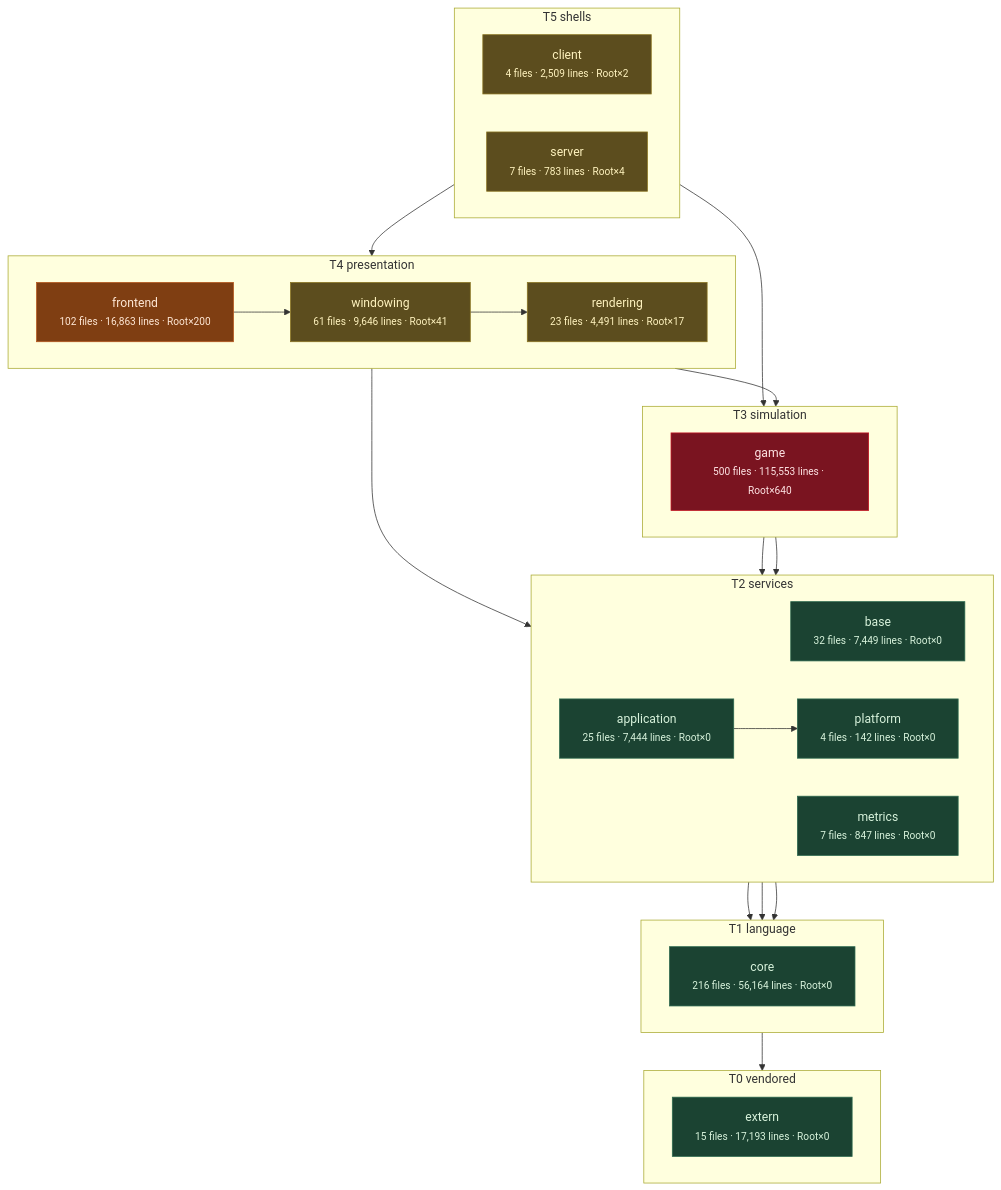
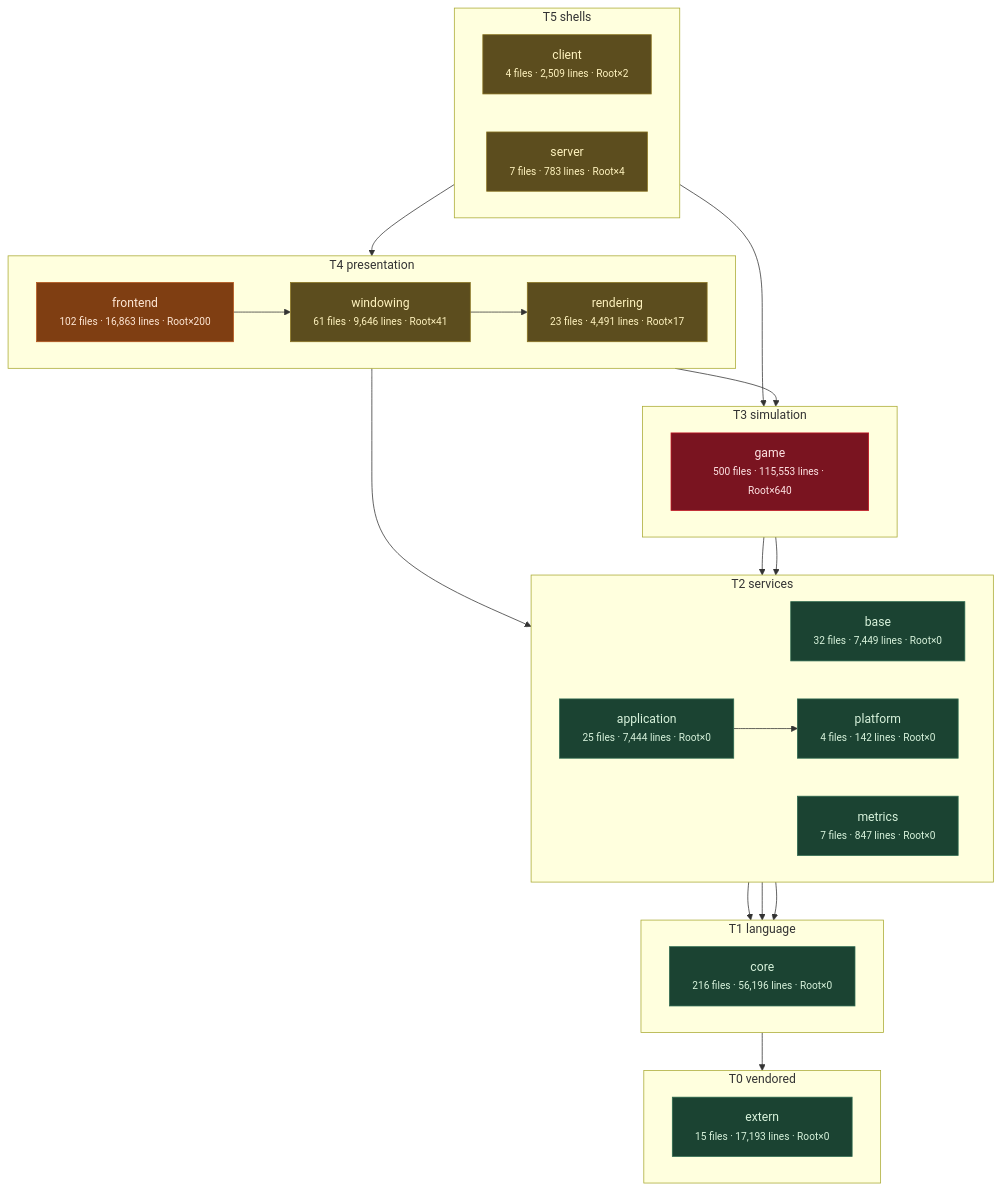
The third of 11 diagrams in docs/architecture/system-boundaries.md (apnex/OpenStarbound), drawn with Mermaid before and after one commit. The commit also changed other lines of this file and 3 other files, not shown here.

````diff
--- a/docs/architecture/system-boundaries.md
+++ b/docs/architecture/system-boundaries.md
@@ -271,54 +271,54 @@
 ```mermaid
 flowchart TD
   subgraph T0["T0 vendored"]
     direction LR
     extern["extern<br/><small>15 files · 17,193 lines · Root×0</small>"]
   end
   subgraph T1["T1 language"]
     direction LR
-    core["core<br/><small>216 files · 56,164 lines · Root×0</small>"]
+    core["core<br/><small>216 files · 56,196 lines · Root×0</small>"]
   end
   subgraph T2["T2 services"]
     direction LR
     base["base<br/><small>32 files · 7,449 lines · Root×0</small>"]
     metrics["metrics<br/><small>7 files · 847 lines · Root×0</small>"]
     platform["platform<br/><small>4 files · 142 lines · Root×0</small>"]
     application["application<br/><small>25 files · 7,444 lines · Root×0</small>"]
   end
   subgraph T3["T3 simulation"]
     direction LR
     game["game<br/><small>500 files · 115,553 lines · Root×640</small>"]
   end
   subgraph T4["T4 presentation"]
     direction LR
     rendering["rendering<br/><small>23 files · 4,491 lines · Root×17</small>"]
     windowing["windowing<br/><small>61 files · 9,646 lines · Root×41</small>"]
     frontend["frontend<br/><small>102 files · 16,863 lines · Root×200</small>"]
   end
   subgraph T5["T5 shells"]
     direction LR
     client["client<br/><small>4 files · 2,509 lines · Root×2</small>"]
     server["server<br/><small>7 files · 783 lines · Root×4</small>"]
   end
   core --> extern
   base --> core
   metrics --> core
   platform --> core
   application --> platform
   game --> base
   game --> platform
   rendering --> application
   rendering --> game
   windowing --> rendering
   frontend --> windowing
   client --> frontend
   server --> game
   classDef clean fill:#1b4332,stroke:#2d6a4f,color:#d8f3dc
   classDef warm  fill:#5c4d1e,stroke:#8a7420,color:#fff3bf
   classDef hot   fill:#7f3e12,stroke:#b5561b,color:#ffe8d6
   classDef blaze fill:#7a1420,stroke:#c1121f,color:#ffe5e5
   class extern,core,base,metrics,platform,application clean
   class rendering,windowing,client,server warm
   class frontend hot
   class game blaze
 ```
````
